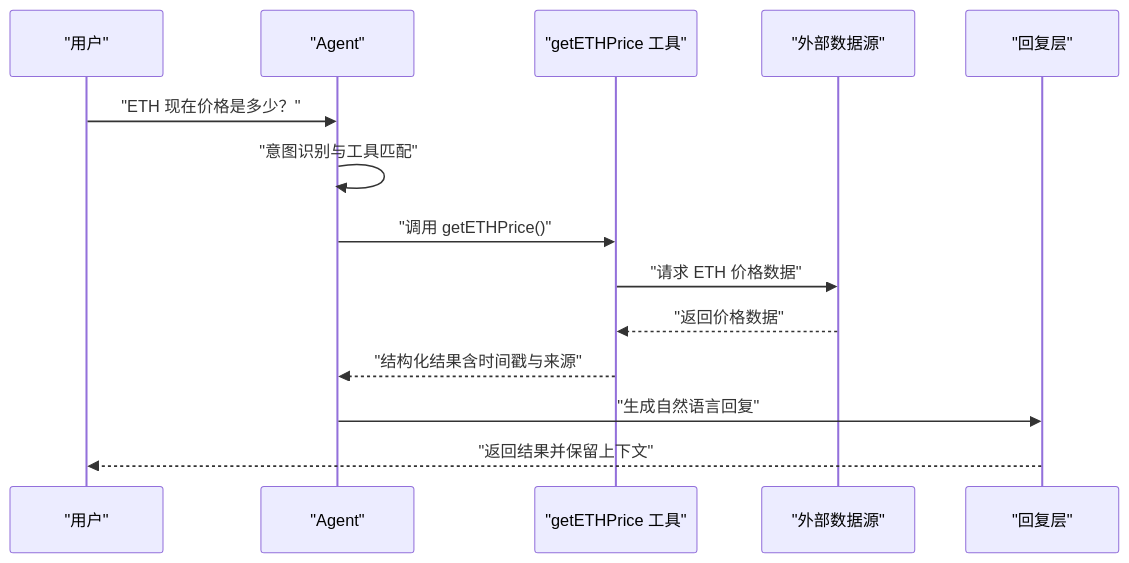
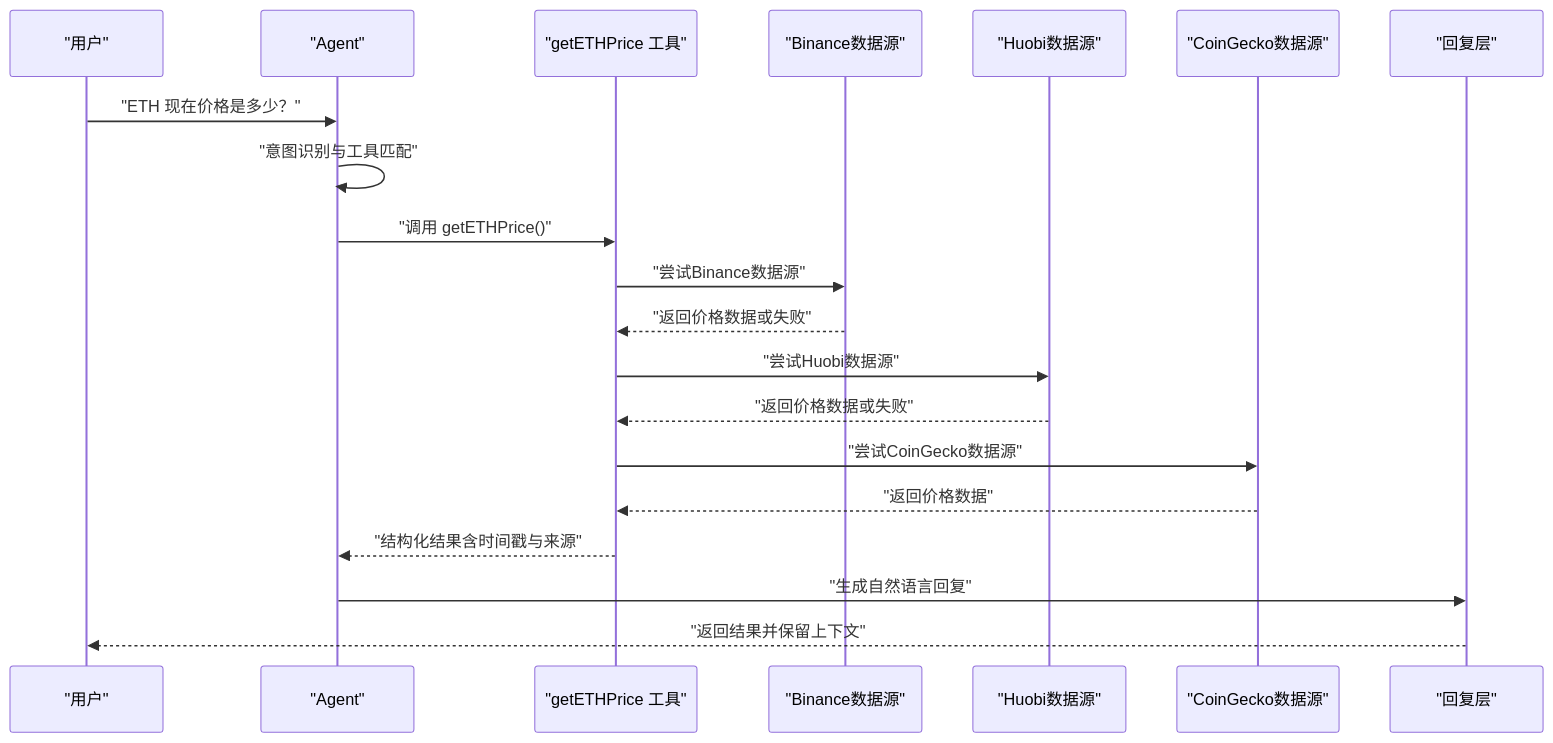
The second of 4 diagrams in .qoder/repowiki/zh/content/Web3工具集成/核心Web3工具实现/ETH价格查询工具.md (CryptoLinxu/Web3-AI-Agent), drawn with Mermaid before and after one commit. The commit also changed other lines of this file and 6 other files, not shown here.

````diff
--- a/.qoder/repowiki/zh/content/Web3工具集成/核心Web3工具实现/ETH价格查询工具.md
+++ b/.qoder/repowiki/zh/content/Web3工具集成/核心Web3工具实现/ETH价格查询工具.md
@@ -75,16 +100,22 @@
 ```mermaid
 sequenceDiagram
 participant U as "用户"
 participant A as "Agent"
 participant T as "getETHPrice 工具"
-participant DS as "外部数据源"
+participant B as "Binance数据源"
+participant H as "Huobi数据源"
+participant C as "CoinGecko数据源"
 participant R as "回复层"
 U->>A : "ETH 现在价格是多少？"
 A->>A : "意图识别与工具匹配"
 A->>T : "调用 getETHPrice()"
-T->>DS : "请求 ETH 价格数据"
-DS-->>T : "返回价格数据"
+T->>B : "尝试Binance数据源"
+B-->>T : "返回价格数据或失败"
+T->>H : "尝试Huobi数据源"
+H-->>T : "返回价格数据或失败"
+T->>C : "尝试CoinGecko数据源"
+C-->>T : "返回价格数据"
 T-->>A : "结构化结果含时间戳与来源"
 A->>R : "生成自然语言回复"
 R-->>U : "返回结果并保留上下文"
 ```
````
